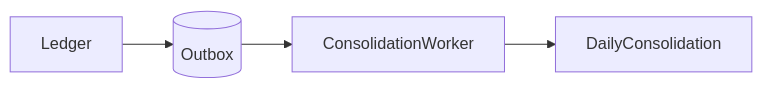
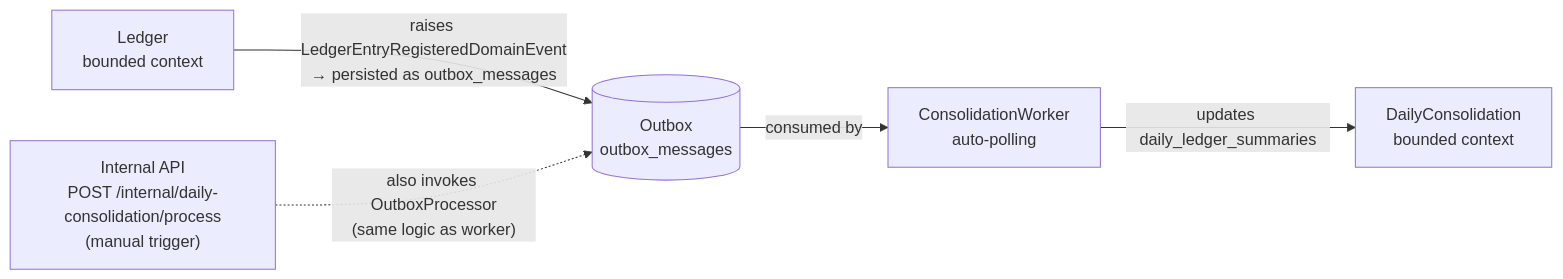
One commit to ggbarcelos/LedgerPulse changed the diagram in docs/diagrams/context-map.md. Above: the diagram before and after it, drawn with Mermaid. The commit also changed other lines of this file and 3 other files, not shown here.

Commit message:
Enhance consolidation flow documentation with detailed processing logic and examples for internal API

````diff
--- a/docs/diagrams/context-map.md
+++ b/docs/diagrams/context-map.md
@@ -3,11 +3,13 @@
 ```mermaid
 flowchart LR
-    Ledger[Ledger]
-    Outbox[(Outbox)]
-    Daily[DailyConsolidation]
-    Worker[ConsolidationWorker]
+    Ledger[Ledger\nbounded context]
+    Outbox[(Outbox\noutbox_messages)]
+    Daily[DailyConsolidation\nbounded context]
+    Worker[ConsolidationWorker\nauto-polling]
+    InternalAPI["Internal API\nPOST /internal/daily-consolidation/process\n(manual trigger)"]
 
-    Ledger --> Outbox
-    Outbox --> Worker
-    Worker --> Daily
+    Ledger -->|"raises LedgerEntryRegisteredDomainEvent\n→ persisted as outbox_messages"| Outbox
+    Outbox -->|"consumed by"| Worker
+    Worker -->|"updates daily_ledger_summaries"| Daily
+    InternalAPI -.->|"also invokes OutboxProcessor\n(same logic as worker)"| Outbox
 ```
````
